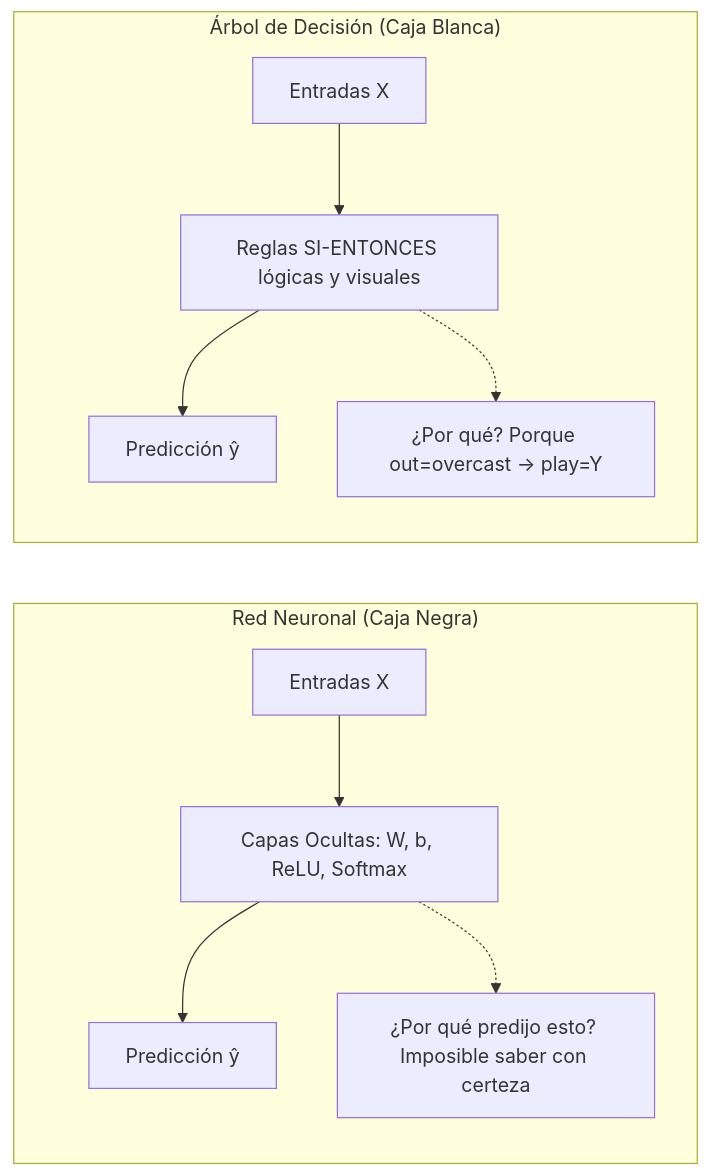
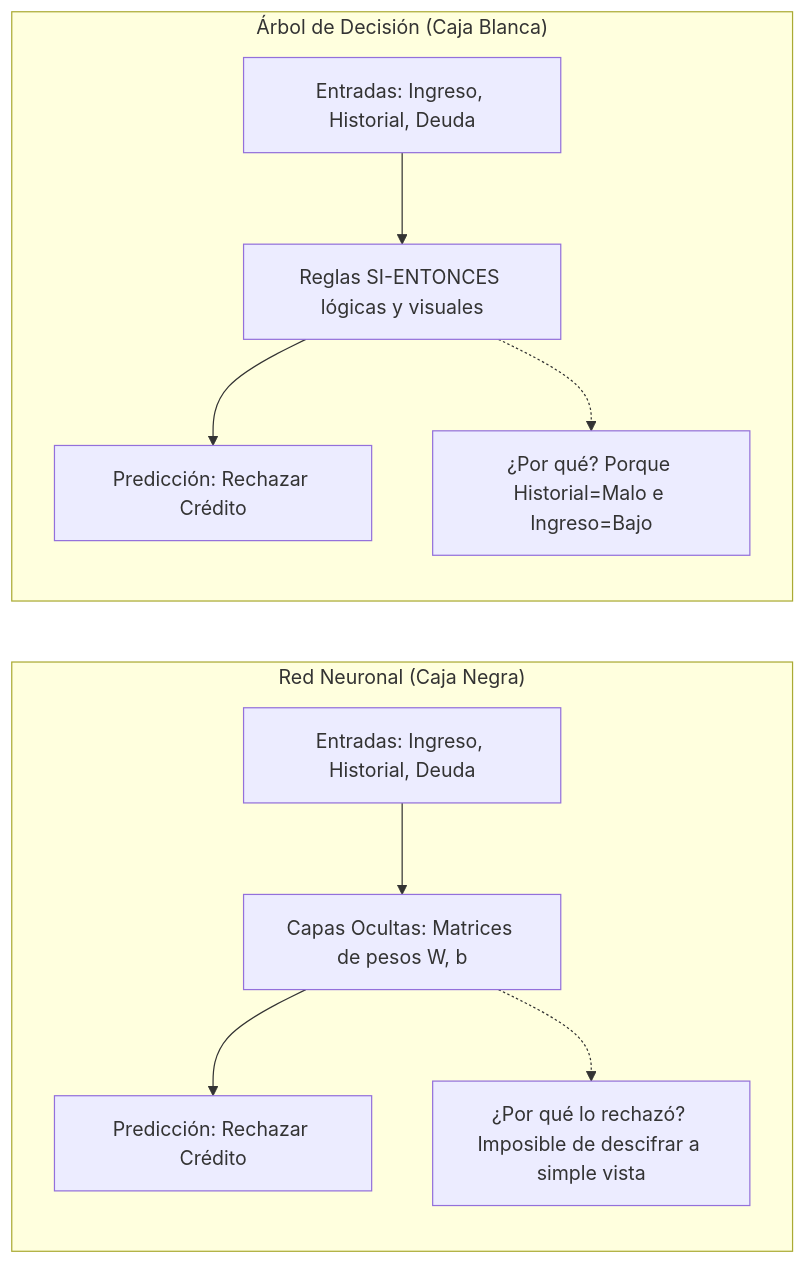
Before and after one commit to Eddyfals0/notas-obsidia-oto-o-2026: the first of 4 diagrams in minería de datos/20. Árboles de Decisión, Algoritmo ID3, Entropía de Shannon y Ganancia de Información.md, drawn with Mermaid. The commit also changed other lines of this file and 1 other file, not shown here.

````diff
--- a/minería de datos/20. Árboles de Decisión, Algoritmo ID3, Entropía de Shannon y Ganancia de Información.md
+++ b/minería de datos/20. Árboles de Decisión, Algoritmo ID3, Entropía de Shannon y Ganancia de Información.md
@@ -70,12 +62,12 @@
 ```mermaid
 flowchart LR
     subgraph Caja_Negra ["Red Neuronal (Caja Negra)"]
-        X1["Entradas X"] --> NN["Capas Ocultas: W, b, ReLU, Softmax"] --> Y1["Predicción ŷ"]
-        NN -.-> Expl1["¿Por qué predijo esto? Imposible saber con certeza"]
+        X1["Entradas: Ingreso, Historial, Deuda"] --> NN["Capas Ocultas: Matrices de pesos W, b"] --> Y1["Predicción: Rechazar Crédito"]
+        NN -.-> Expl1["¿Por qué lo rechazó? Imposible de descifrar a simple vista"]
     end
 
     subgraph Caja_Blanca ["Árbol de Decisión (Caja Blanca)"]
-        X2["Entradas X"] --> DT["Reglas SI-ENTONCES lógicas y visuales"] --> Y2["Predicción ŷ"]
-        DT -.-> Expl2["¿Por qué? Porque out=overcast -> play=Y"]
+        X2["Entradas: Ingreso, Historial, Deuda"] --> DT["Reglas SI-ENTONCES lógicas y visuales"] --> Y2["Predicción: Rechazar Crédito"]
+        DT -.-> Expl2["¿Por qué? Porque Historial=Malo e Ingreso=Bajo"]
     end
 ```
````
